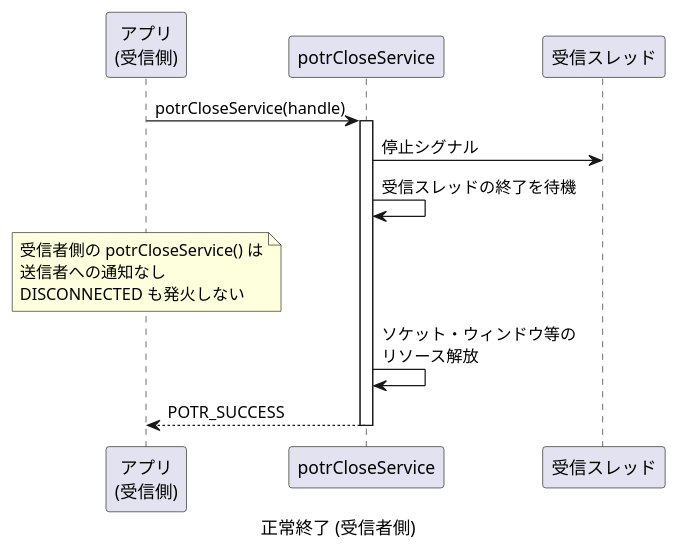
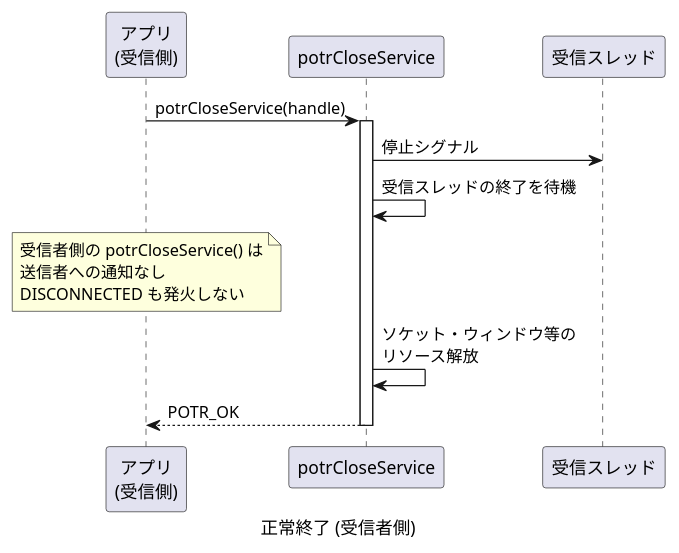
Diagram 14 of 30 in docs/sequence.md (Hondarer/app_porter), drawn with PlantUML before and after one commit. The commit also changed other lines of this file and 61 other files, not shown here.

````diff
--- a/docs/sequence.md
+++ b/docs/sequence.md
@@ -514,23 +514,23 @@
 ```plantuml
 @startuml 正常終了 (受信者側)
 caption 正常終了 (受信者側)
 
 participant "アプリ\n(受信側)" as RAPP
 participant "potrCloseService" as CLOSE
 participant "受信スレッド" as RT
 
 RAPP -> CLOSE: potrCloseService(handle)
 activate CLOSE
 
 CLOSE -> RT: 停止シグナル
 CLOSE -> CLOSE: 受信スレッドの終了を待機
 
 note over RAPP: 受信者側の potrCloseService() は\n送信者への通知なし\nDISCONNECTED も発火しない
 
 CLOSE -> CLOSE: ソケット・ウィンドウ等の\nリソース解放
 
-CLOSE --> RAPP: POTR_SUCCESS
+CLOSE --> RAPP: POTR_OK
 deactivate CLOSE
 
 @enduml
 ```
````
